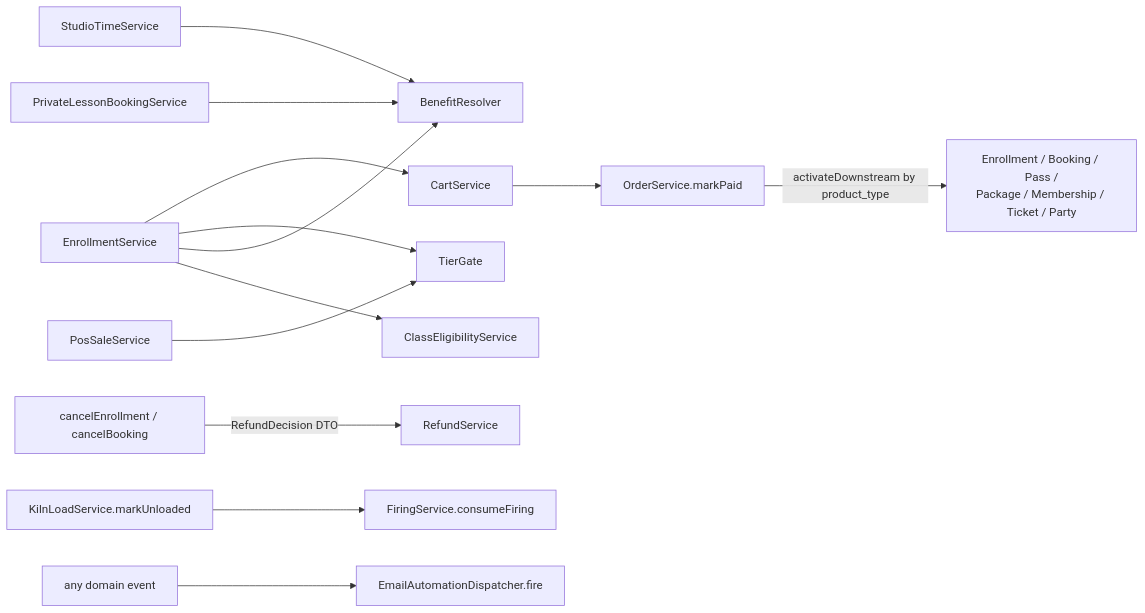
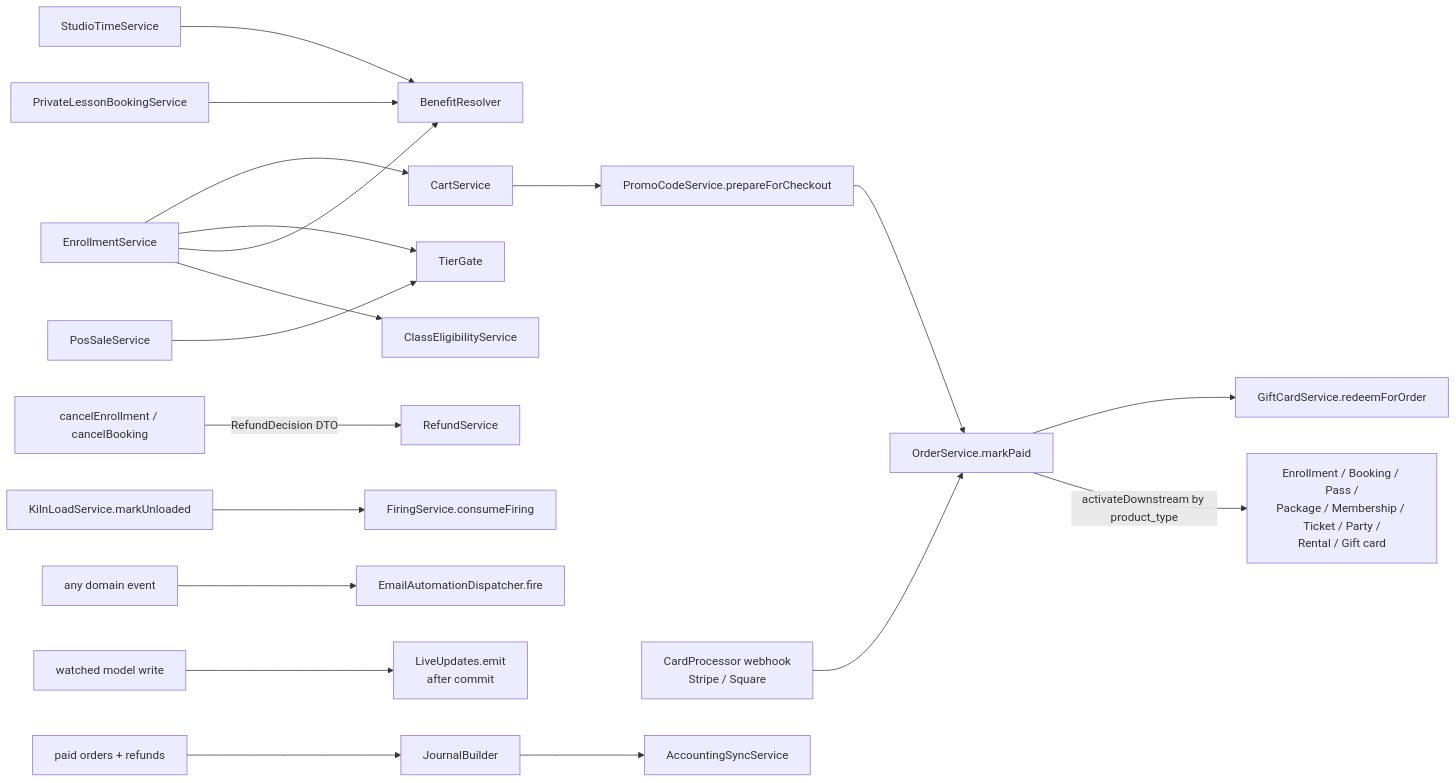
One commit to TitaniaAnn/makerhearth-architecture changed the diagram in docs/03-domain-map.md. Above: the diagram before and after it, drawn with Mermaid. The commit also changed other lines of this file and 20 other files, not shown here.

````diff
--- a/docs/03-domain-map.md
+++ b/docs/03-domain-map.md
@@ -176,15 +283,20 @@
 ```mermaid
 flowchart LR
     ENROLL[EnrollmentService] --> ELIG[ClassEligibilityService]
     ENROLL --> BR[BenefitResolver]
     ENROLL --> TG[TierGate]
     ENROLL --> CART[CartService]
     BOOK[PrivateLessonBookingService] --> BR
     POSS[PosSaleService] --> TG
     CHECKOUT[StudioTimeService] --> BR
-    CART --> ORDER[OrderService.markPaid]
-    ORDER -->|activateDownstream by product_type| ACT[Enrollment / Booking / Pass /<br/>Package / Membership / Ticket / Party]
+    CART --> PROMO[PromoCodeService.prepareForCheckout]
+    PROMO --> ORDER[OrderService.markPaid]
+    PROC[CardProcessor webhook<br/>Stripe / Square] --> ORDER
+    ORDER -->|activateDownstream by product_type| ACT[Enrollment / Booking / Pass /<br/>Package / Membership / Ticket / Party /<br/>Rental / Gift card]
+    ORDER --> GC[GiftCardService.redeemForOrder]
     CANCEL[cancelEnrollment / cancelBooking] -->|RefundDecision DTO| RS[RefundService]
     UNLOAD[KilnLoadService.markUnloaded] --> FS[FiringService.consumeFiring]
     DOMAIN[any domain event] --> EAD[EmailAutomationDispatcher.fire]
+    WRITE[watched model write] --> LIVE[LiveUpdates.emit<br/>after commit]
+    PAID[paid orders + refunds] --> JB[JournalBuilder] --> ACC[AccountingSyncService]
 ```
````
